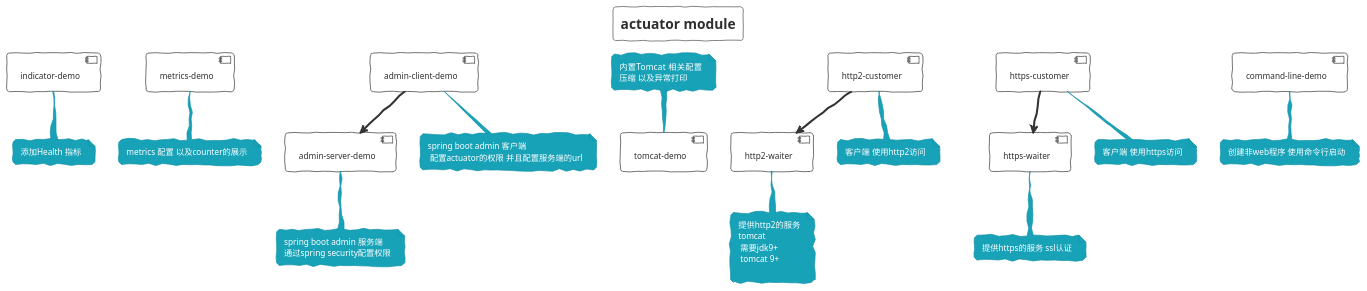
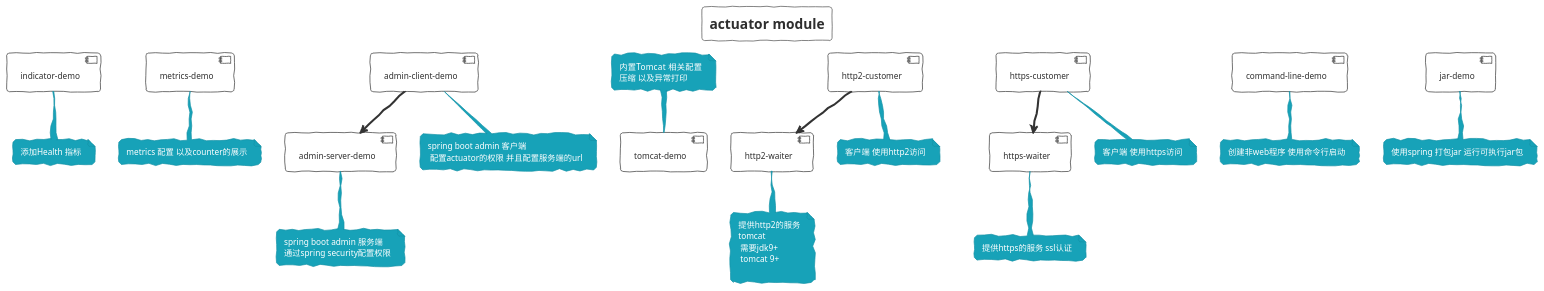
The diagram in spring-boot-actuator/Module.puml (FantasybabyChange/springStudyProject), drawn with PlantUML before and after one commit.

Commit message:
modify module

```diff
--- a/spring-boot-actuator/Module.puml
+++ b/spring-boot-actuator/Module.puml
@@ -1,63 +1,67 @@
 @startuml ACTUATOR_MODULE
 !theme sketchy-outline
 title actuator module
 [indicator-demo] as id
 [metrics-demo] as md
 [admin-server-demo] as asd
 [admin-client-demo] as acd
 [tomcat-demo] as td
 
 [http2-customer] as hhc
 [http2-waiter] as hhw
 
 [https-customer] as hhcs
 [https-waiter] as hhws
 [command-line-demo] as cld
+[jar-demo] as jdd
 
 note bottom of id
     添加Health 指标
 end note
 
 note bottom of md
   metrics 配置 以及counter的展示
 end note
 note bottom of asd
  spring boot admin 服务端
  通过spring security配置权限
 end note
 note bottom of acd
 spring boot admin 客户端
  配置actuator的权限 并且配置服务端的url
 end note
 acd -->asd
 note top of td
 内置Tomcat  相关配置
 压缩 以及异常打印
 end note
 
 note bottom of hhc
 客户端 使用http2访问
 end note
 
 note bottom of hhw
 提供http2的服务
 tomcat
  需要jdk9+  
  tomcat 9+
 
 end note
 hhc-->hhw
 
 note bottom of hhcs
 客户端 使用https访问
 end note
 
 note bottom of hhws
 提供https的服务 ssl认证
 end note
-
+hhcs-->hhws
 note bottom of cld
 创建非web程序 使用命令行启动
 end note
-hhcs-->hhws
+note bottom of jdd
+使用spring 打包jar 运行可执行jar包
+end note
+
 @enduml
```
